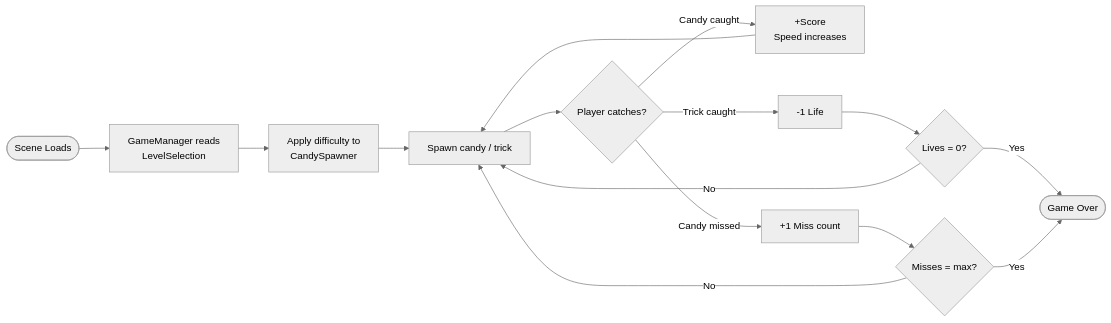
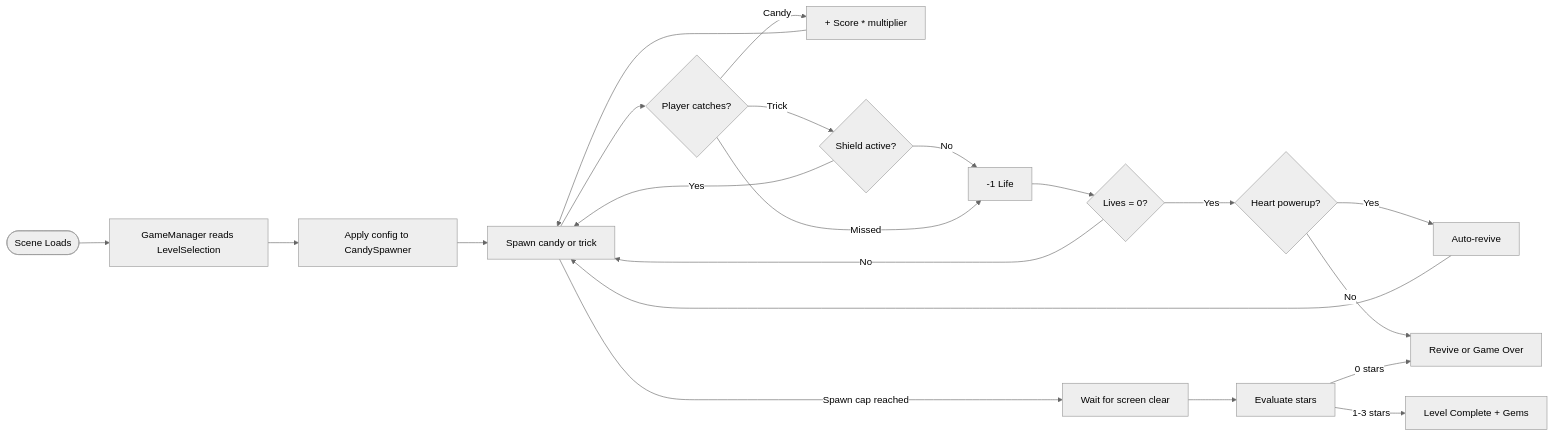
Before and after one commit to HamazingCoding/CandyCatchersGame: the third of 3 diagrams in README.md, drawn with Mermaid (neutral theme). The commit also changed other lines of this file and 76 other files, not shown here.

````diff
--- a/README.md
+++ b/README.md
@@ -193,17 +338,22 @@
 ```mermaid
 flowchart LR
-    S([Scene Loads]) --> A[GameManager reads\nLevelSelection]
-    A --> B[Apply difficulty to\nCandySpawner]
-    B --> C[Spawn candy / trick]
+    S([Scene Loads]) --> A[GameManager reads LevelSelection]
+    A --> B[Apply config to CandySpawner]
+    B --> C[Spawn candy or trick]
     C --> D{Player catches?}
-    D -->|Candy caught| E[+Score\nSpeed increases]
-    D -->|Trick caught| F[-1 Life]
-    D -->|Candy missed| G[+1 Miss count]
+    D -->|Candy| E["+ Score * multiplier"]
+    D -->|Trick| F{Shield active?}
+    F -->|Yes| C
+    F -->|No| G[-1 Life]
+    D -->|Missed| G
     E --> C
-    F --> H{Lives = 0?}
-    G --> I{Misses = max?}
+    G --> H{Lives = 0?}
     H -->|No| C
-    I -->|No| C
-    H -->|Yes| J([Game Over])
-    I -->|Yes| J
+    H -->|Yes| I{Heart powerup?}
+    I -->|Yes| J[Auto-revive] --> C
+    I -->|No| K[Revive or Game Over]
+    C -->|Spawn cap reached| L[Wait for screen clear]
+    L --> M[Evaluate stars]
+    M -->|1-3 stars| N[Level Complete + Gems]
+    M -->|0 stars| K
 ```
````
